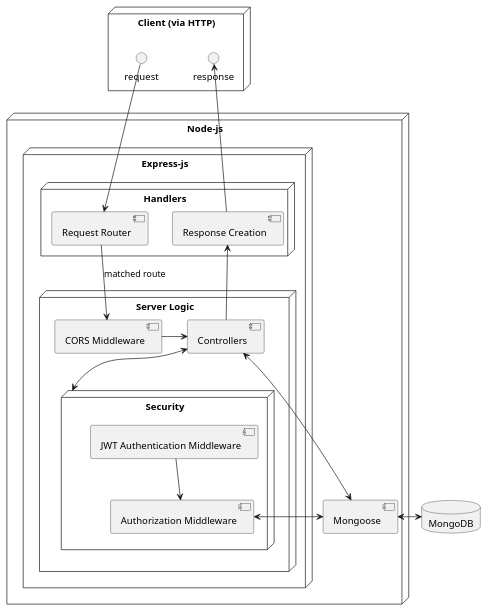
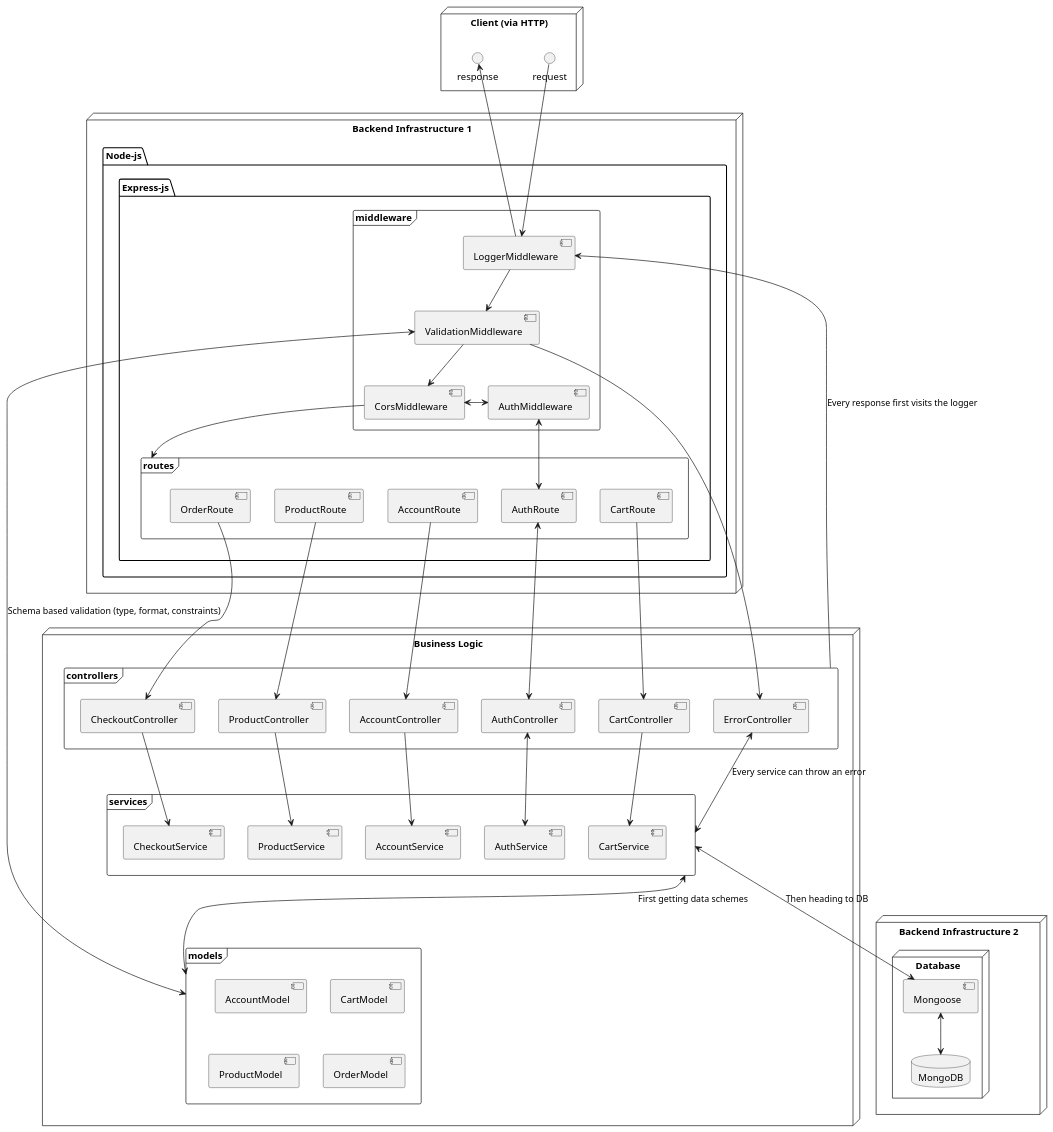
Before and after one commit to Matans844/e-commerce-backend: the diagram in documentation/ME(R)N Component Overview.puml, drawn with PlantUML. The commit also changed 1 other file, not shown here.

```diff
--- a/documentation/ME(R)N Component Overview.puml
+++ b/documentation/ME(R)N Component Overview.puml
@@ -1,56 +1,120 @@
 @startuml
 'https://plantuml.com/component-diagram
 
 node "Client (via HTTP)"{
     () request
     () response
 }
 
-node "Node-js" {
 
-    node "Express-js" {
-        node "Handlers"{
-            [Request Router]
-            [Response Creation]
-        }
+node "Backend Infrastructure 1"{
+    package "Node-js" {
 
-        node "Server Logic"{
-            [CORS Middleware]
-
-            node "Security"{
-              [JWT Authentication Middleware]
-              [Authorization Middleware]
+        package "Express-js" {
+            frame "middleware"{
+                [AuthMiddleware]
+                [CorsMiddleware]
+                [LoggerMiddleware]
+                [ValidationMiddleware]
             }
 
-            [Controllers]
+            frame "routes"{
+                [AccountRoute]
+                [AuthRoute]
+                [CartRoute]
+                [OrderRoute]
+                [ProductRoute]
+            }
         }
     }
-
-    [Mongoose]
-
 }
 
+node "Business Logic"{
 
-database "MongoDB" {
+    frame "controllers"{
+        [ErrorController]
+        [AccountController]
+        [AuthController]
+        [CartController]
+        [ProductController]
+        [CheckoutController]
+    }
 
+    frame "services"{
+        [AccountService]
+        [AuthService]
+        [CartService]
+        [ProductService]
+        [CheckoutService]
+    }
+
+    frame "models"{
+        [AccountModel]
+        [CartModel]
+        [ProductModel]
+        [OrderModel]
+    }
 }
 
-request --> [Request Router]
-[Response Creation] --> response
-[Request Router] --> [CORS Middleware] : matched route
-[Controllers] -up-> [Response Creation]
+node "Backend Infrastructure 2"{
+    node "Database"{
+        [Mongoose]
+        database "MongoDB" {
+
+        }
+    }
+}
+
+request -down-> [LoggerMiddleware]
+[LoggerMiddleware] -up-> response
+[LoggerMiddleware] -down-> [ValidationMiddleware]
+[ValidationMiddleware] --> [ErrorController]
+
+[ValidationMiddleware] --> [CorsMiddleware]
+[ValidationMiddleware] <--> "models" : Schema based validation (type, format, constraints)
+[CorsMiddleware] <-right-> [AuthMiddleware]
+[CorsMiddleware] -down-> "routes"
+
+[AuthMiddleware] <--> [AuthRoute]
+[AuthRoute] <--> [AuthController]
+[AuthController] <--> [AuthService]
+
+[AccountRoute] -down-> [AccountController]
+[CartRoute] -down-> [CartController]
+[OrderRoute] -down-> [CheckoutController]
+[ProductRoute] -down-> [ProductController]
+
+[AccountController] --> [AccountService]
+[CartController] --> [CartService]
+[ProductController] --> [ProductService]
+[CheckoutController] --> [CheckoutService]
+
+"services" <--> "models" : First getting data schemes
+"services" <--> [ErrorController] : Every service can throw an error
+"services" <--> [Mongoose] : Then heading to DB
+[Mongoose] <--> "MongoDB"
+"controllers" --> [LoggerMiddleware] : Every response first visits the logger
 
 
-[JWT Authentication Middleware] --> [Authorization Middleware]
-[CORS Middleware] -right-> [Controllers]
 
-[Controllers] <--> [Security]
 
-[Authorization Middleware] <-right-> [Mongoose]
-[Controllers] <--> [Mongoose]
-[Mongoose] <-right-> [MongoDB]
+
+
+
+
+
+
+
+
+
+
+
+
+
+
+
 
 
 
 
 @enduml
```
